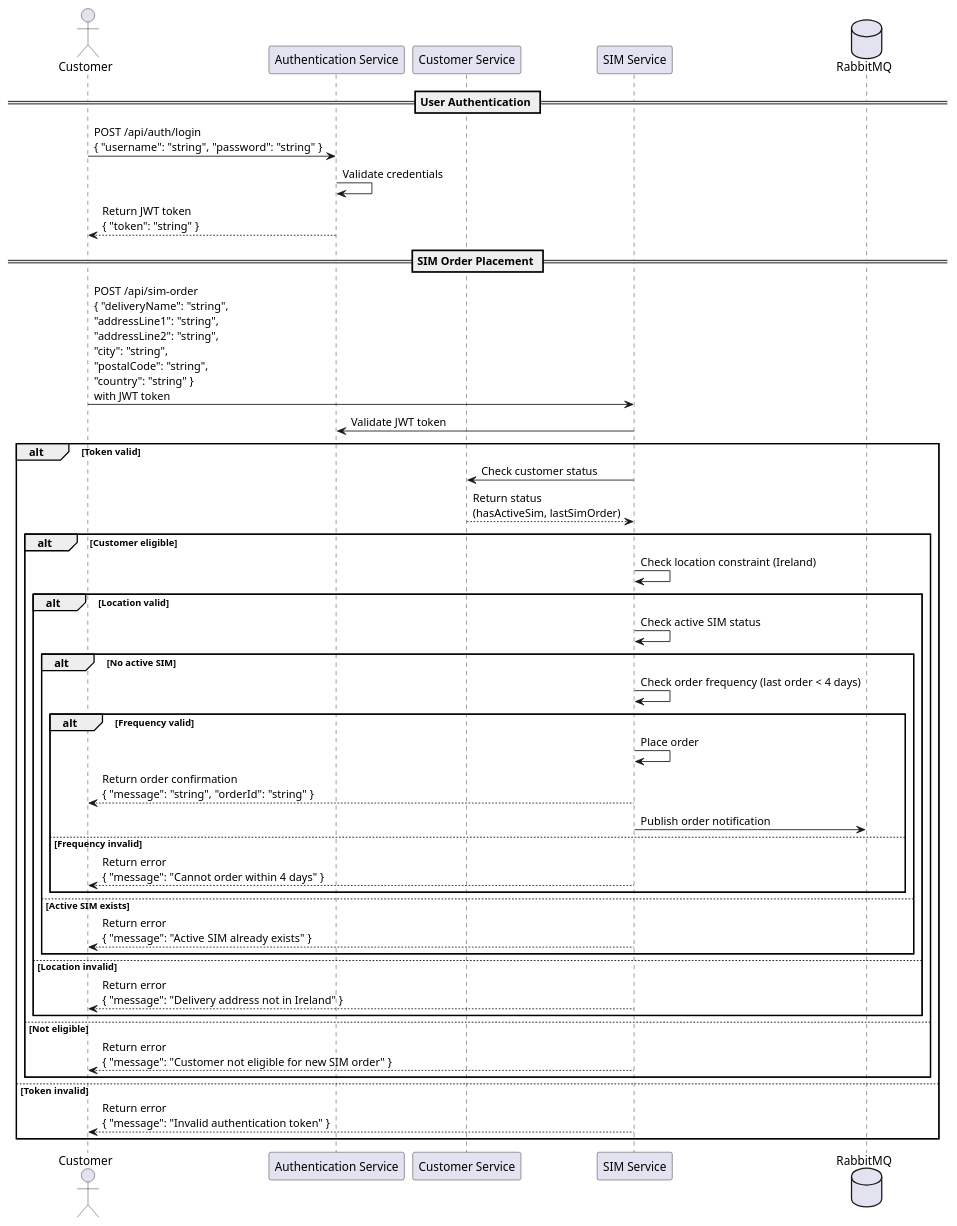
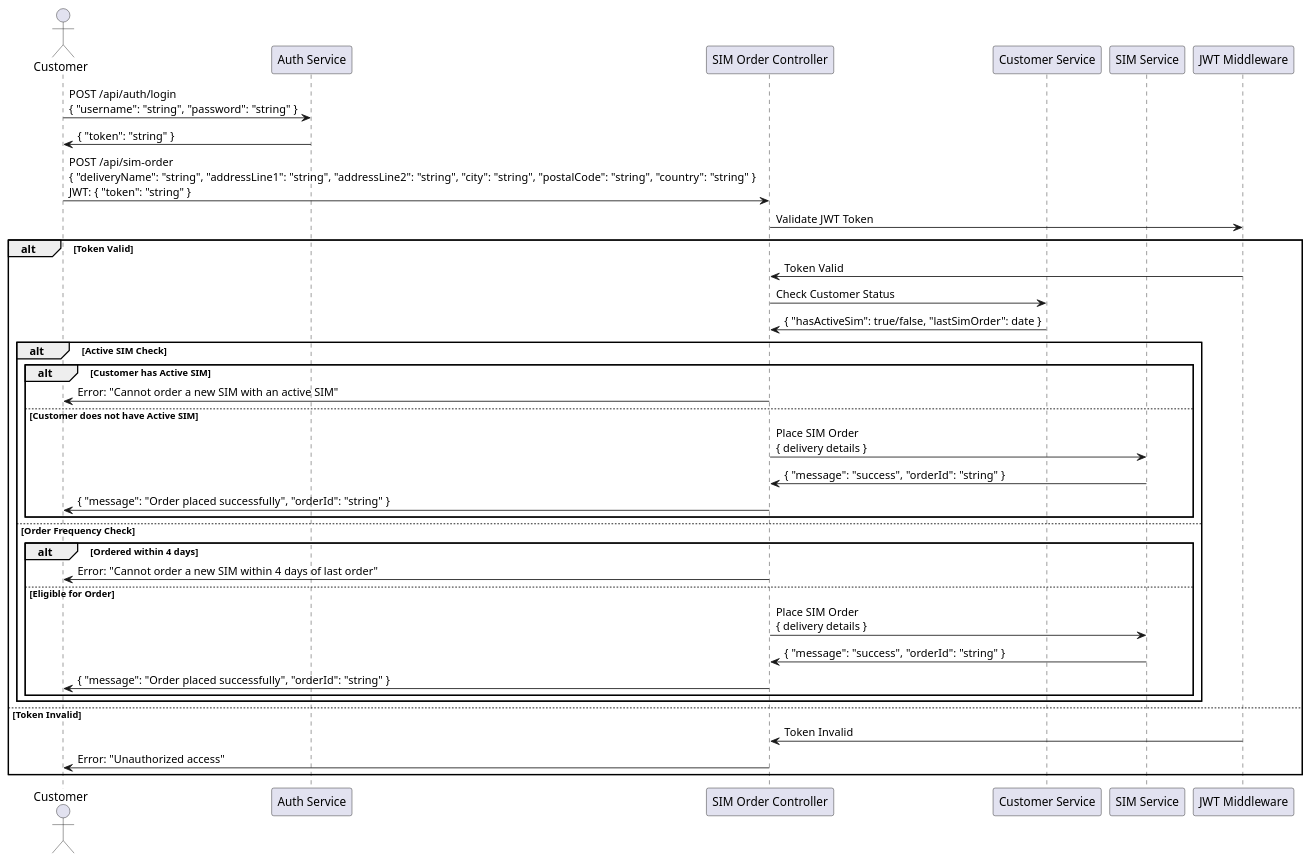
The diagram in design_document/ThreeIreland_48.md (Bhaskar-Pavan/ThreeIreland_48), drawn with PlantUML before and after one commit. The commit also changed other lines of this file, not shown here.

````diff
--- a/design_document/ThreeIreland_48.md
+++ b/design_document/ThreeIreland_48.md
@@ -39,48 +41,44 @@
 ```plantuml
 @startuml
+
 actor Customer
-participant "Authentication Service" as AuthService
-participant "Customer Service" as CustService
-participant "SIM Service" as SimService
-database "RabbitMQ" as RabbitMQ
+participant "Auth Service" as Auth
+participant "SIM Order Controller" as SIMController
+participant "Customer Service" as CustomerService
+participant "SIM Service" as SIMService
+participant "JWT Middleware" as JWTMiddleware
 
-== User Authentication ==
-Customer -> AuthService: POST /api/auth/login\n{ "username": "string", "password": "string" }
-AuthService -> AuthService: Validate credentials
-AuthService --> Customer: Return JWT token\n{ "token": "string" }
+Customer -> Auth : POST /api/auth/login\n{ "username": "string", "password": "string" }
+Auth -> Customer : { "token": "string" }
 
-== SIM Order Placement ==
-Customer -> SimService: POST /api/sim-order\n{ "deliveryName": "string",\n"addressLine1": "string",\n"addressLine2": "string",\n"city": "string",\n"postalCode": "string",\n"country": "string" }\nwith JWT token
-SimService -> AuthService: Validate JWT token
-alt Token valid
-    SimService -> CustService: Check customer status
-    CustService --> SimService: Return status\n(hasActiveSim, lastSimOrder)
-    
-    alt Customer eligible
-        SimService -> SimService: Check location constraint (Ireland)
-        alt Location valid
-            SimService -> SimService: Check active SIM status
-            alt No active SIM
-                SimService -> SimService: Check order frequency (last order < 4 days)
-                alt Frequency valid
-                    SimService -> SimService: Place order
-                    SimService --> Customer: Return order confirmation\n{ "message": "string", "orderId": "string" }
-                    SimService -> RabbitMQ: Publish order notification
-                else Frequency invalid
-                    SimService --> Customer: Return error\n{ "message": "Cannot order within 4 days" }
-                end
-            else Active SIM exists
-                SimService --> Customer: Return error\n{ "message": "Active SIM already exists" }
-            end
-        else Location invalid
-            SimService --> Customer: Return error\n{ "message": "Delivery address not in Ireland" }
+Customer -> SIMController : POST /api/sim-order\n{ "deliveryName": "string", "addressLine1": "string", "addressLine2": "string", "city": "string", "postalCode": "string", "country": "string" }\nJWT: { "token": "string" }
+SIMController -> JWTMiddleware : Validate JWT Token
+alt Token Valid
+    JWTMiddleware -> SIMController : Token Valid
+    SIMController -> CustomerService : Check Customer Status
+    CustomerService -> SIMController : { "hasActiveSim": true/false, "lastSimOrder": date }
+
+    alt Active SIM Check
+        alt Customer has Active SIM
+            SIMController -> Customer : Error: "Cannot order a new SIM with an active SIM"
+        else Customer does not have Active SIM
+            SIMController -> SIMService : Place SIM Order\n{ delivery details }
+            SIMService -> SIMController : { "message": "success", "orderId": "string" }
+            SIMController -> Customer : { "message": "Order placed successfully", "orderId": "string" }
         end
-    else Not eligible
-        SimService --> Customer: Return error\n{ "message": "Customer not eligible for new SIM order" }
+    else Order Frequency Check
+        alt Ordered within 4 days
+            SIMController -> Customer : Error: "Cannot order a new SIM within 4 days of last order"
+        else Eligible for Order
+            SIMController -> SIMService : Place SIM Order\n{ delivery details }
+            SIMService -> SIMController : { "message": "success", "orderId": "string" }
+            SIMController -> Customer : { "message": "Order placed successfully", "orderId": "string" }
+        end
     end
-else Token invalid
-    SimService --> Customer: Return error\n{ "message": "Invalid authentication token" }
+else Token Invalid
+    JWTMiddleware -> SIMController : Token Invalid
+    SIMController -> Customer : Error: "Unauthorized access"
 end
 
 @enduml
 ```
````
